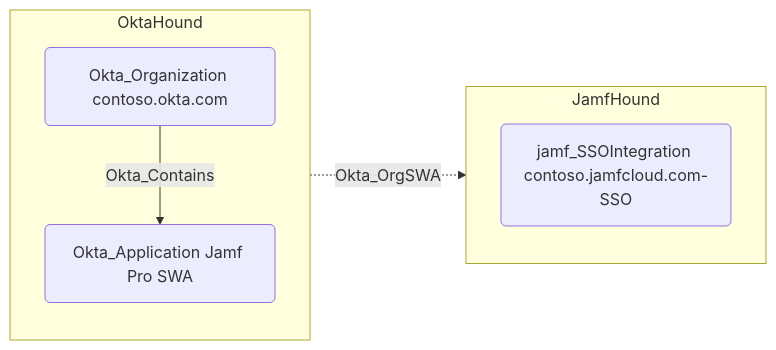
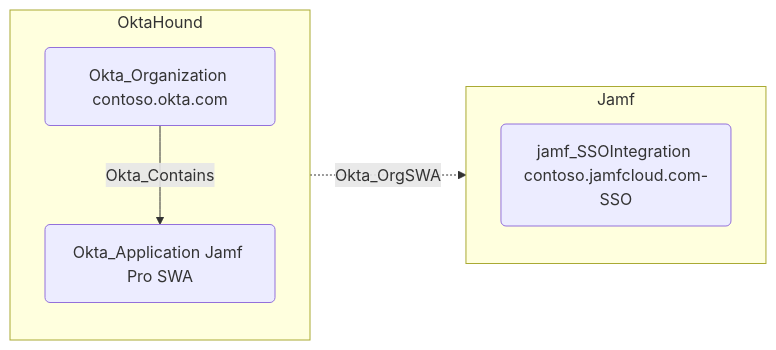
One commit to SpecterOps/bloodhound-docs changed the diagram in docs/opengraph/extensions/okta/edges/okta_orgswa.mdx. Above: the diagram before and after it, drawn with Mermaid. The commit also changed other lines of this file and 248 other files, not shown here.

````diff
--- a/docs/opengraph/extensions/okta/edges/okta_orgswa.mdx
+++ b/docs/opengraph/extensions/okta/edges/okta_orgswa.mdx
@@ -18,14 +19,14 @@
 ```mermaid
 graph LR
   subgraph okta["OktaHound"]
     direction TB
     o("Okta_Organization contoso.okta.com")
     app1("Okta_Application Jamf Pro SWA")
     o -- Okta_Contains --> app1
   end
-  subgraph "JamfHound"
+  subgraph "Jamf"
     direction TB
     jamf("jamf_SSOIntegration contoso.jamfcloud.com-SSO")
     app1 -. Okta_OrgSWA .-> jamf
   end
 ```
````
